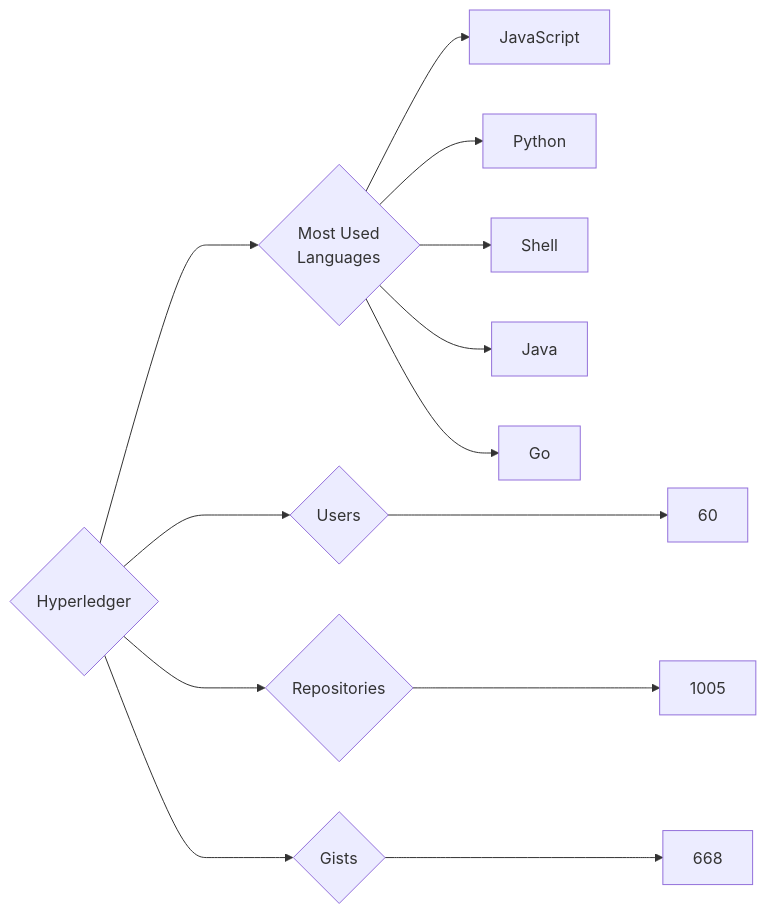
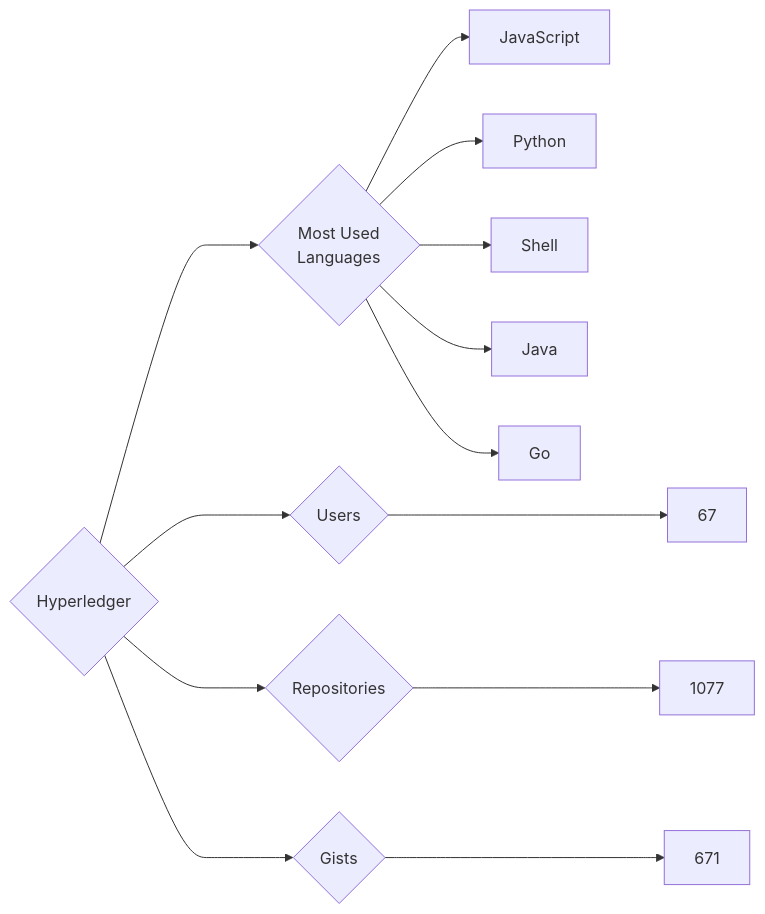
One commit to trickest/insiders changed the diagram in targets/Hyperledger/README.md. Above: the diagram before and after it, drawn with Mermaid. The commit also changed 944 other files, not shown here.

````diff
--- a/targets/Hyperledger/README.md
+++ b/targets/Hyperledger/README.md
@@ -3,13 +3,13 @@
 ```mermaid
 graph LR
 COMPANY_NAME{Hyperledger}
-COMPANY_NAME ---> U{Users} ---> UN[60]
-COMPANY_NAME ---> R{Repositories} ---> RN[1005]
-COMPANY_NAME ---> G{Gists} ---> GN[668]
+COMPANY_NAME ---> U{Users} ---> UN[67]
+COMPANY_NAME ---> R{Repositories} ---> RN[1077]
+COMPANY_NAME ---> G{Gists} ---> GN[671]
 COMPANY_NAME ---> ML{Most Used<br>Languages}
 ML --> JavaScript[JavaScript]
 ML --> Python[Python]
 ML --> Shell[Shell]
 ML --> Java[Java]
 ML --> Go[Go]
 ```
````
